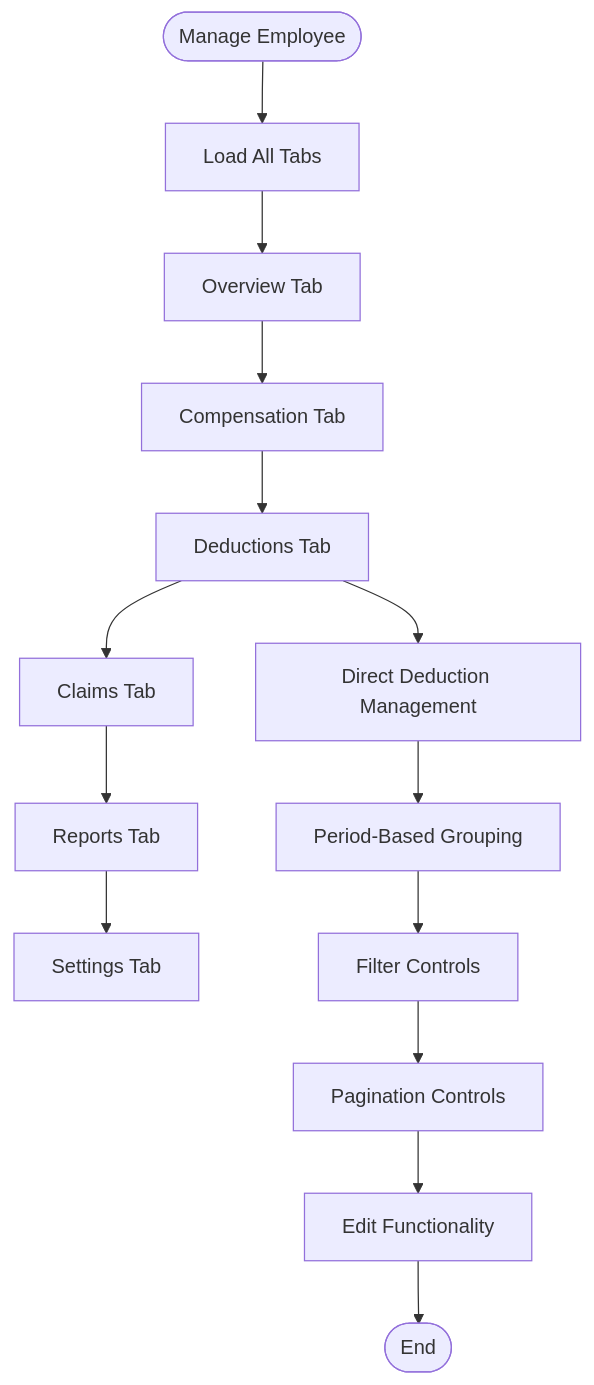
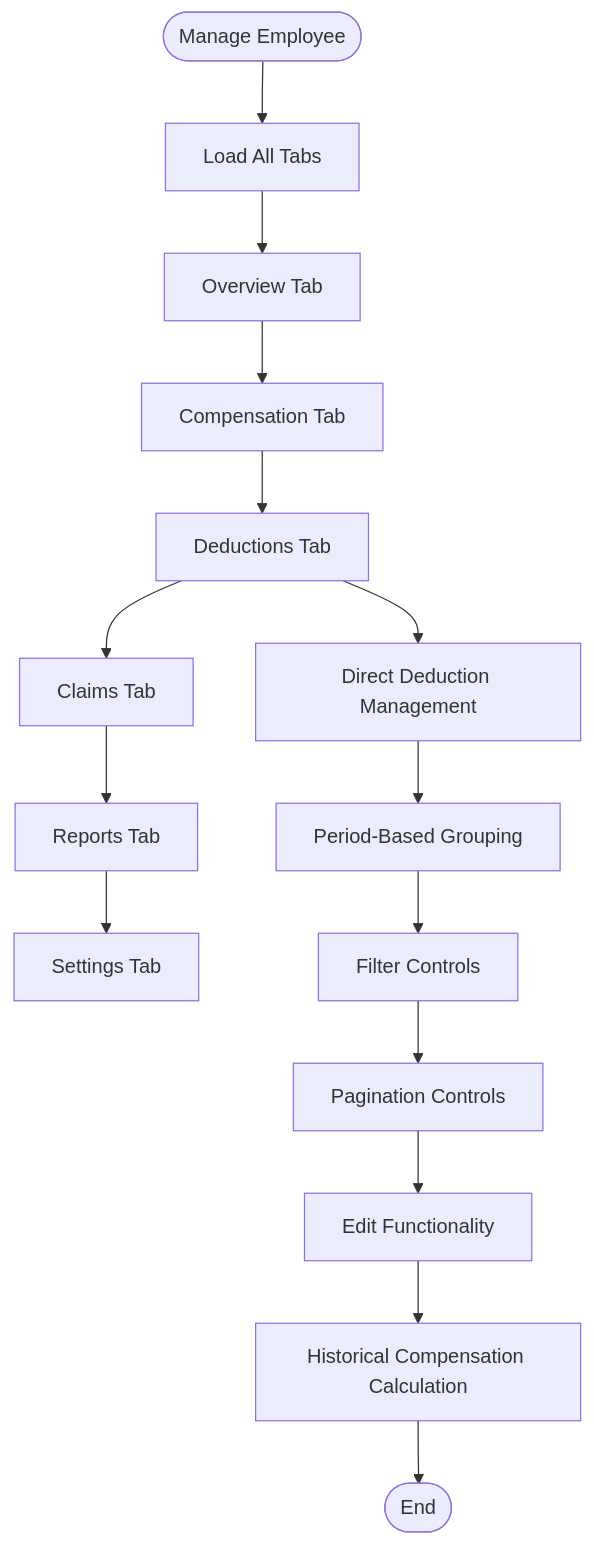
One commit to vincet0t15/template changed diagram 18 of 19 in .qoder/repowiki/en/content/Employee Management/Employee Compensation Management.md. Above: the diagram before and after it, drawn with Mermaid. The commit also changed other lines of this file and 11 other files, not shown here.

````diff
--- a/.qoder/repowiki/en/content/Employee Management/Employee Compensation Management.md
+++ b/.qoder/repowiki/en/content/Employee Management/Employee Compensation Management.md
@@ -750,16 +910,17 @@
 ```mermaid
 flowchart TD
 Start([Manage Employee]) --> LoadTabs["Load All Tabs"]
 LoadTabs --> OverviewTab["Overview Tab"]
 OverviewTab --> CompensationTab["Compensation Tab"]
 CompensationTab --> DeductionsTab["Deductions Tab"]
 DeductionsTab --> ClaimsTab["Claims Tab"]
 ClaimsTab --> ReportsTab["Reports Tab"]
 ReportsTab --> SettingsTab["Settings Tab"]
 DeductionsTab --> DirectDeductionManagement["Direct Deduction Management"]
 DirectDeductionManagement --> PeriodGrouping["Period-Based Grouping"]
 PeriodGrouping --> FilterControls["Filter Controls"]
 FilterControls --> PaginationControls["Pagination Controls"]
 PaginationControls --> EditFunctionality["Edit Functionality"]
-EditFunctionality --> End([End])
+EditFunctionality --> HistoricalCalc["Historical Compensation Calculation"]
+HistoricalCalc --> End([End])
 ```
````
